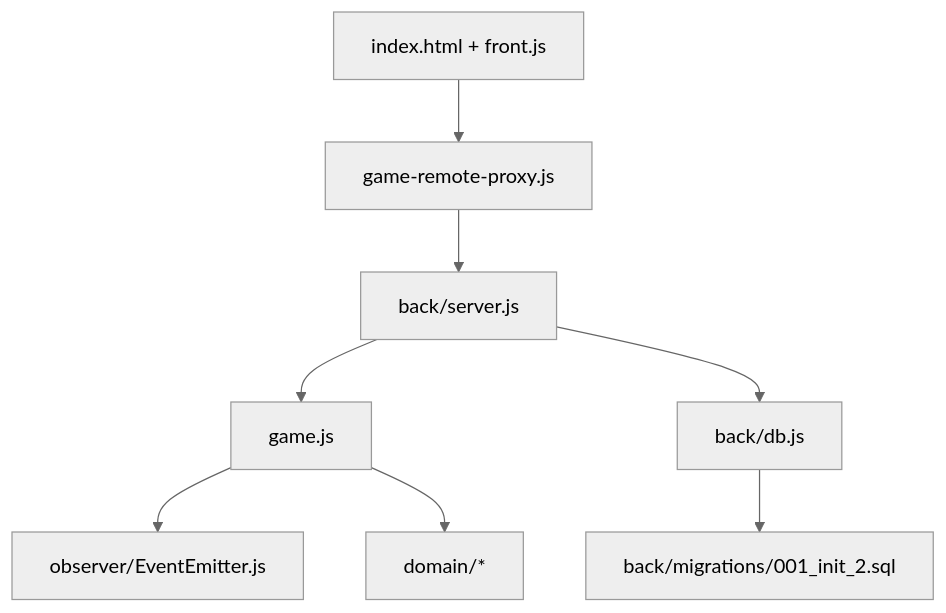
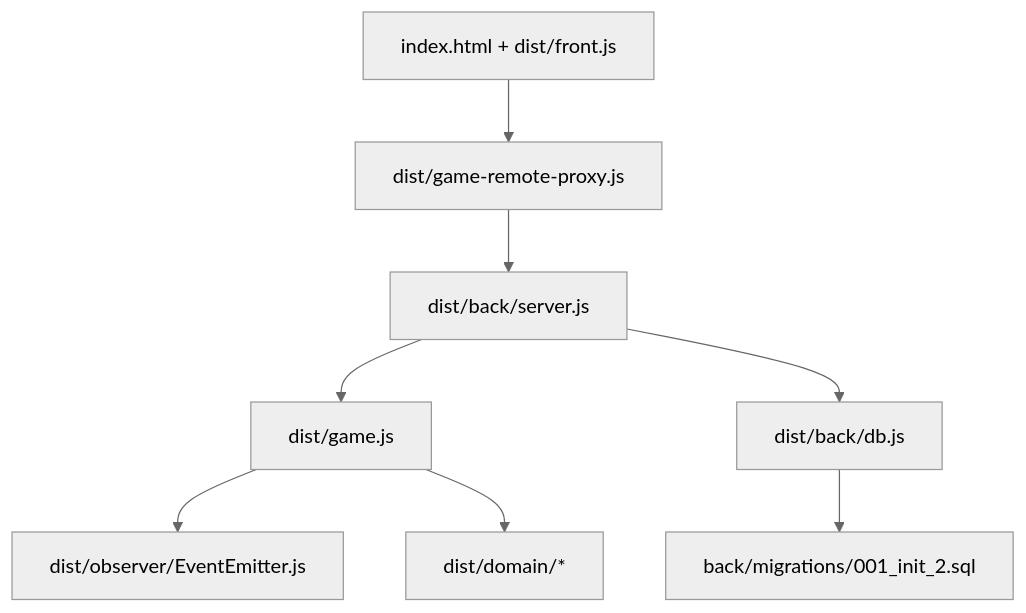
One commit to Alexander0Yusov/catch-the-google changed the second of 4 diagrams in README.md. Above: the diagram before and after it, drawn with Mermaid (neutral theme). The commit also changed other lines of this file, not shown here.

````diff
--- a/README.md
+++ b/README.md
@@ -152,10 +183,10 @@
 ```mermaid
 graph TD
-  UI[index.html + front.js] --> RP[game-remote-proxy.js]
-  RP --> WS[back/server.js]
-  WS --> GAME[game.js]
-  GAME --> OBS[observer/EventEmitter.js]
-  GAME --> DOMAIN[domain/*]
-  WS --> DB[back/db.js]
+  UI[index.html + dist/front.js] --> RP[dist/game-remote-proxy.js]
+  RP --> WS[dist/back/server.js]
+  WS --> GAME[dist/game.js]
+  GAME --> OBS[dist/observer/EventEmitter.js]
+  GAME --> DOMAIN[dist/domain/*]
+  WS --> DB[dist/back/db.js]
   DB --> SQL[back/migrations/001_init_2.sql]
 ```
````
